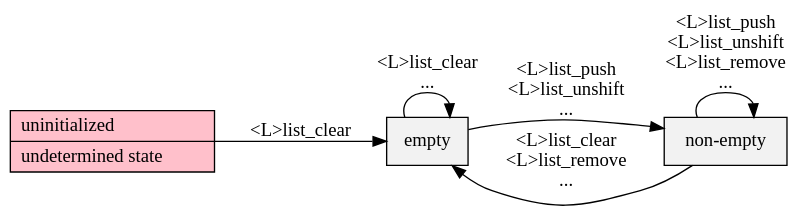
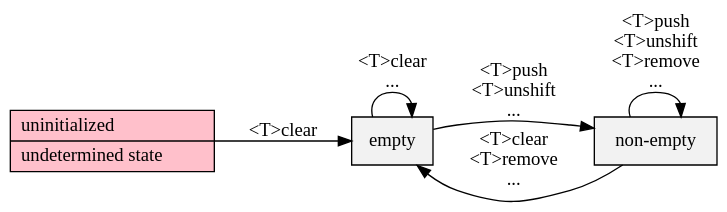
One commit to neil-edelman/boxes changed the diagram in doc/list/states.gv. Above: the diagram before and after it, drawn with Graphviz. The commit also changed 11 other files, not shown here.

```diff
--- a/doc/list/states.gv
+++ b/doc/list/states.gv
@@ -1,15 +1,15 @@
 digraph {
 	graph [rankdir=LR, truecolor=true, bgcolor=transparent, fontname="Bitstream Vera Sans"];
 	node [shape=record, style=filled, fillcolor="Grey95", fontname="Bitstream Vera Sans"];
 	edge [fontname="Bitstream Vera Sans"];
 	null [ label = "uninitialized\l|undetermined state\l", fillcolor = pink ];
 	empty;
 	full [label="non-empty"];
-	null -> empty [label="<L>list_clear"];
+	null -> empty [label="<T>clear"];
 	#empty -> empty [style=invis];
-	empty -> empty [label="<L>list_clear\n..."];
-	empty -> full [label="<L>list_push\n<L>list_unshift\n..."];
-	full -> empty [label="<L>list_clear\n<L>list_remove\n..."];
-	full -> full [label="<L>list_push\n<L>list_unshift\n<L>list_remove\n..."];
+	empty -> empty [label="<T>clear\n..."];
+	empty -> full [label="<T>push\n<T>unshift\n..."];
+	full -> empty [label="<T>clear\n<T>remove\n..."];
+	full -> full [label="<T>push\n<T>unshift\n<T>remove\n..."];
 	#{ rank=same; empty; full; }
 }
```
